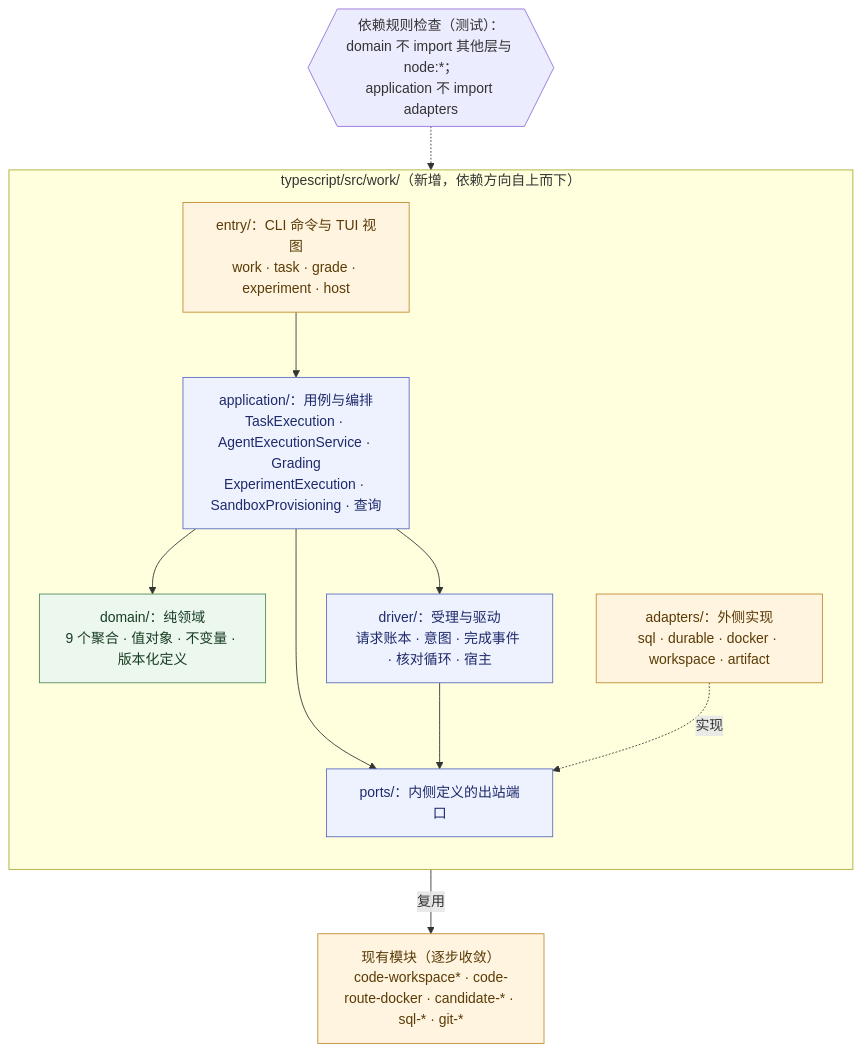
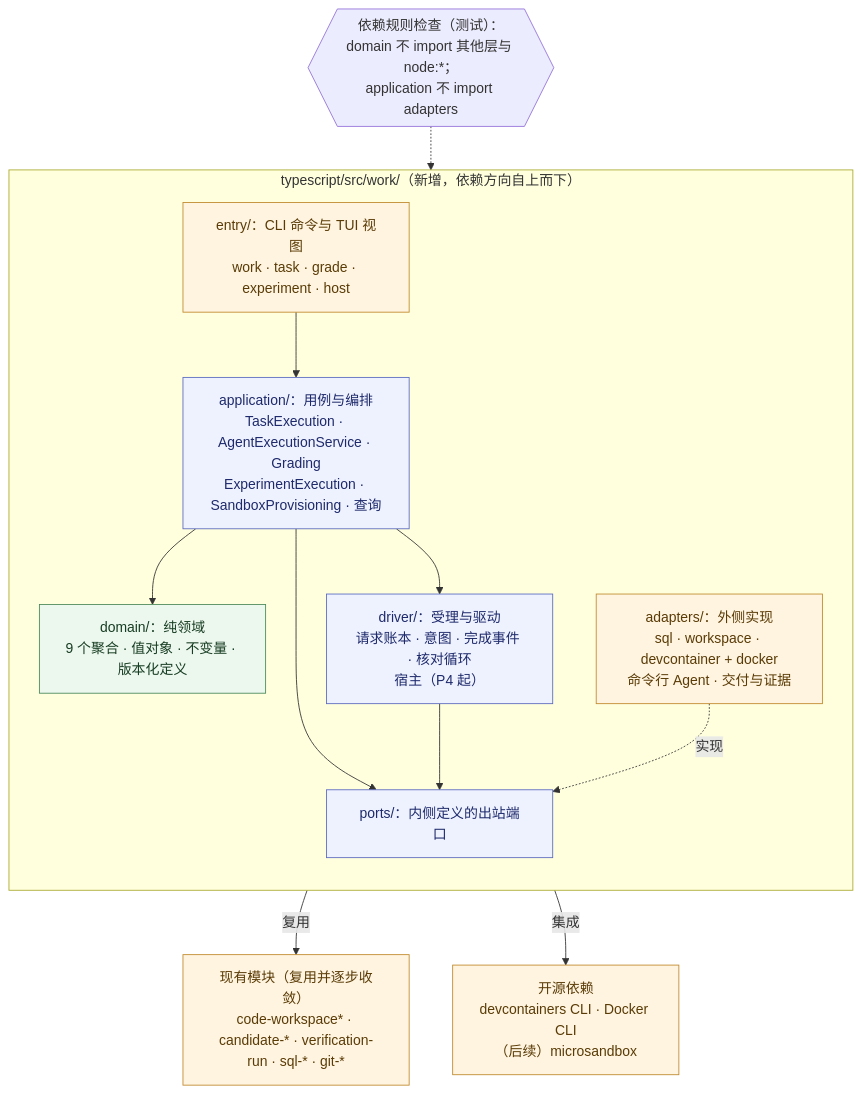
The diagram in docs/assets/impl-layout.mmd (MaybeLL/Ground), drawn with Mermaid before and after one commit. The commit also changed 11 other files, not shown here.

```diff
--- a/docs/assets/impl-layout.mmd
+++ b/docs/assets/impl-layout.mmd
@@ -1,26 +1,28 @@
 flowchart TB
   subgraph WORK["typescript/src/work/（新增，依赖方向自上而下）"]
     direction TB
     CLIW["entry/：CLI 命令与 TUI 视图<br/>work · task · grade · experiment · host"]
     APPW["application/：用例与编排<br/>TaskExecution · AgentExecutionService · Grading<br/>ExperimentExecution · SandboxProvisioning · 查询"]
-    DRVW["driver/：受理与驱动<br/>请求账本 · 意图 · 完成事件 · 核对循环 · 宿主"]
+    DRVW["driver/：受理与驱动<br/>请求账本 · 意图 · 完成事件 · 核对循环<br/>宿主（P4 起）"]
     DOMW["domain/：纯领域<br/>9 个聚合 · 值对象 · 不变量 · 版本化定义"]
     PORTW["ports/：内侧定义的出站端口"]
-    ADPW["adapters/：外侧实现<br/>sql · durable · docker · workspace · artifact"]
+    ADPW["adapters/：外侧实现<br/>sql · workspace · devcontainer + docker<br/>命令行 Agent · 交付与证据"]
   end
-  LEG["现有模块（逐步收敛）<br/>code-workspace* · code-route-docker · candidate-* · sql-* · git-*"]
+  LEG["现有模块（复用并逐步收敛）<br/>code-workspace* · candidate-* · verification-run · sql-* · git-*"]
   CLIW --> APPW
   APPW --> DOMW
   APPW --> PORTW
   APPW --> DRVW
   DRVW --> PORTW
   ADPW -.->|实现| PORTW
   ADPW -->|复用| LEG
+  OSS["开源依赖<br/>devcontainers CLI · Docker CLI<br/>（后续）microsandbox"]
+  ADPW -->|集成| OSS
   CHK{{"依赖规则检查（测试）：<br/>domain 不 import 其他层与 node:*；<br/>application 不 import adapters"}}
   CHK -.-> WORK
   classDef a fill:#eef2ff,stroke:#5b6abf,color:#1e2a6b;
   classDef d fill:#ecf7ee,stroke:#4c8a5a,color:#173d22;
   classDef o fill:#fff4e0,stroke:#c08a2d,color:#5a3b06;
   class APPW,DRVW,PORTW a;
   class DOMW d;
-  class CLIW,ADPW,LEG o;
+  class CLIW,ADPW,LEG,OSS o;
```
